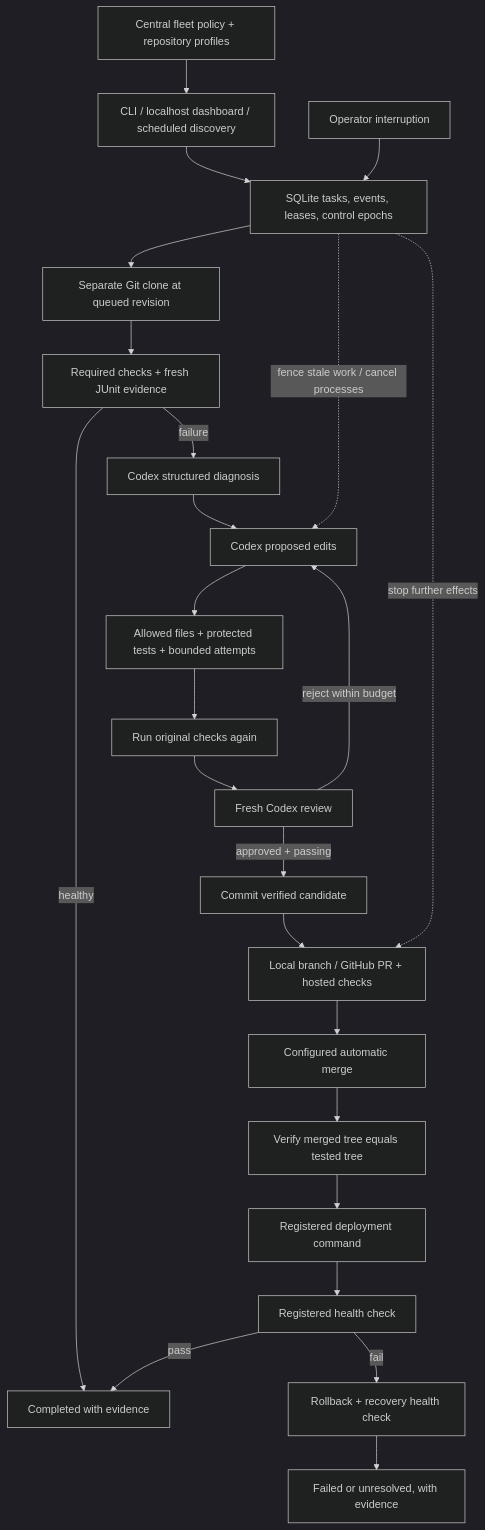
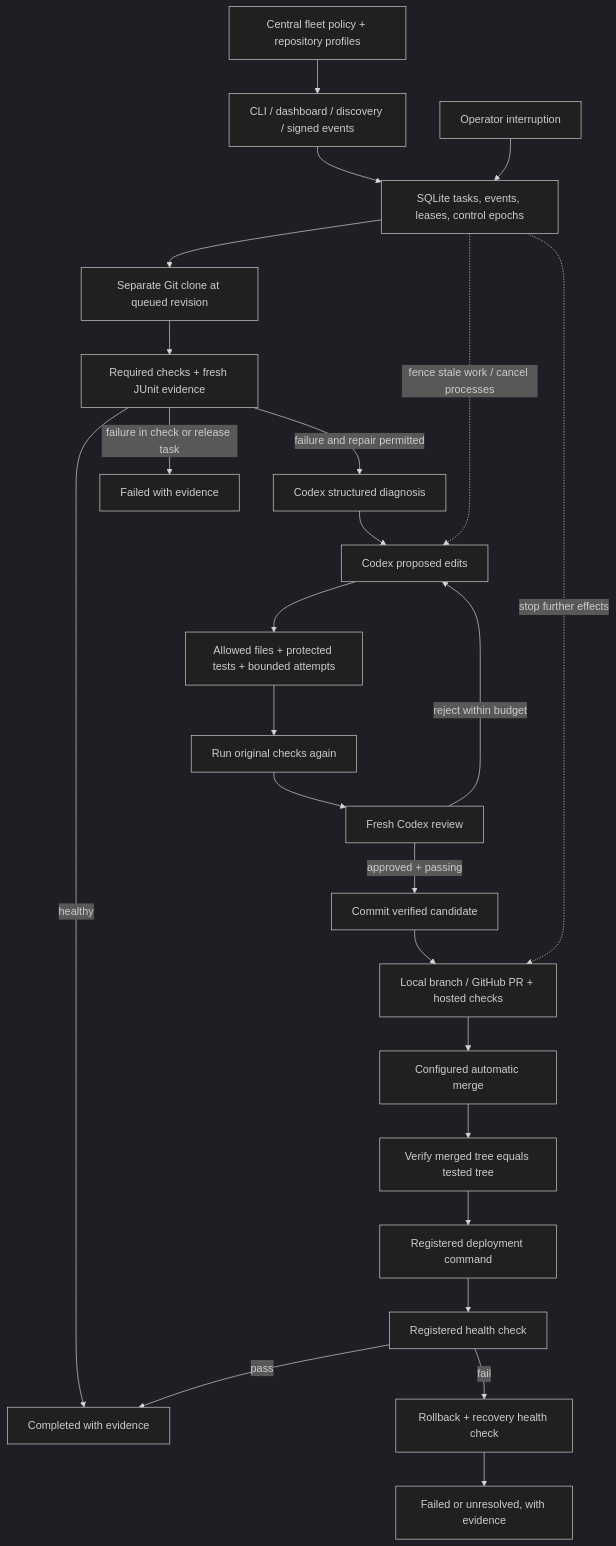
The diagram in README.md (AmRitJain0442/katydid), drawn with Mermaid (dark theme) before and after one commit. The commit also changed other lines of this file and 7 other files, not shown here.

````diff
--- a/README.md
+++ b/README.md
@@ -25,26 +30,27 @@
 ```mermaid
 flowchart TD
-    Registry[Central fleet policy + repository profiles] --> Dispatch[CLI / localhost dashboard / scheduled discovery]
+    Registry[Central fleet policy + repository profiles] --> Dispatch[CLI / dashboard / discovery / signed events]
     Dispatch --> Queue[SQLite tasks, events, leases, control epochs]
     Queue --> Clone[Separate Git clone at queued revision]
     Clone --> Baseline[Required checks + fresh JUnit evidence]
     Baseline -->|healthy| Complete[Completed with evidence]
-    Baseline -->|failure| Diagnose[Codex structured diagnosis]
+    Baseline -->|failure and repair permitted| Diagnose[Codex structured diagnosis]
+    Baseline -->|failure in check or release task| Failed[Failed with evidence]
     Diagnose --> Repair[Codex proposed edits]
     Repair --> Policy[Allowed files + protected tests + bounded attempts]
     Policy --> Verify[Run original checks again]
     Verify --> Review[Fresh Codex review]
     Review -->|approved + passing| Commit[Commit verified candidate]
     Review -->|reject within budget| Repair
     Commit --> Delivery[Local branch / GitHub PR + hosted checks]
     Delivery --> Merge[Configured automatic merge]
     Merge --> Identity[Verify merged tree equals tested tree]
     Identity --> Deploy[Registered deployment command]
     Deploy --> Health[Registered health check]
     Health -->|pass| Complete
     Health -->|fail| Rollback[Rollback + recovery health check]
     Rollback --> Failure[Failed or unresolved, with evidence]
     Human[Operator interruption] --> Queue
     Queue -. fence stale work / cancel processes .-> Repair
     Queue -. stop further effects .-> Delivery
 ```
````
